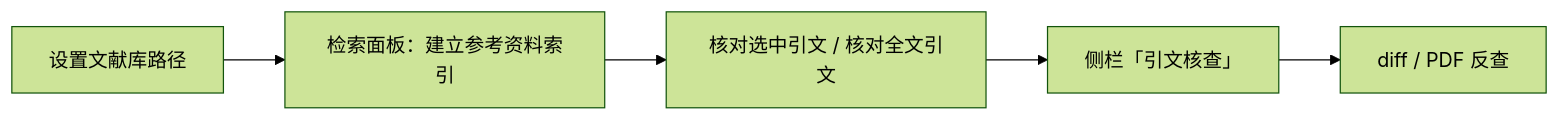
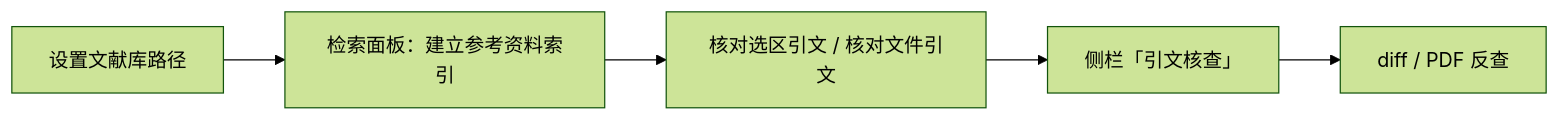
One commit to Fusyong/ai-proofread-vscode-extension changed the fifth of 5 diagrams in docs/commands-cheatsheet.md. Above: the diagram before and after it, drawn with Mermaid (forest theme). The commit also changed other lines of this file and 4 other files, not shown here.

````diff
--- a/docs/commands-cheatsheet.md
+++ b/docs/commands-cheatsheet.md
@@ -231,7 +231,7 @@
 ```mermaid
 flowchart LR
     A["设置文献库路径"] --> B["检索面板：建立参考资料索引"]
-    B --> C["核对选中引文 / 核对全文引文"]
+    B --> C["核对选区引文 / 核对文件引文"]
     C --> D["侧栏「引文核查」"]
     D --> E["diff / PDF 反查"]
 ```
````
